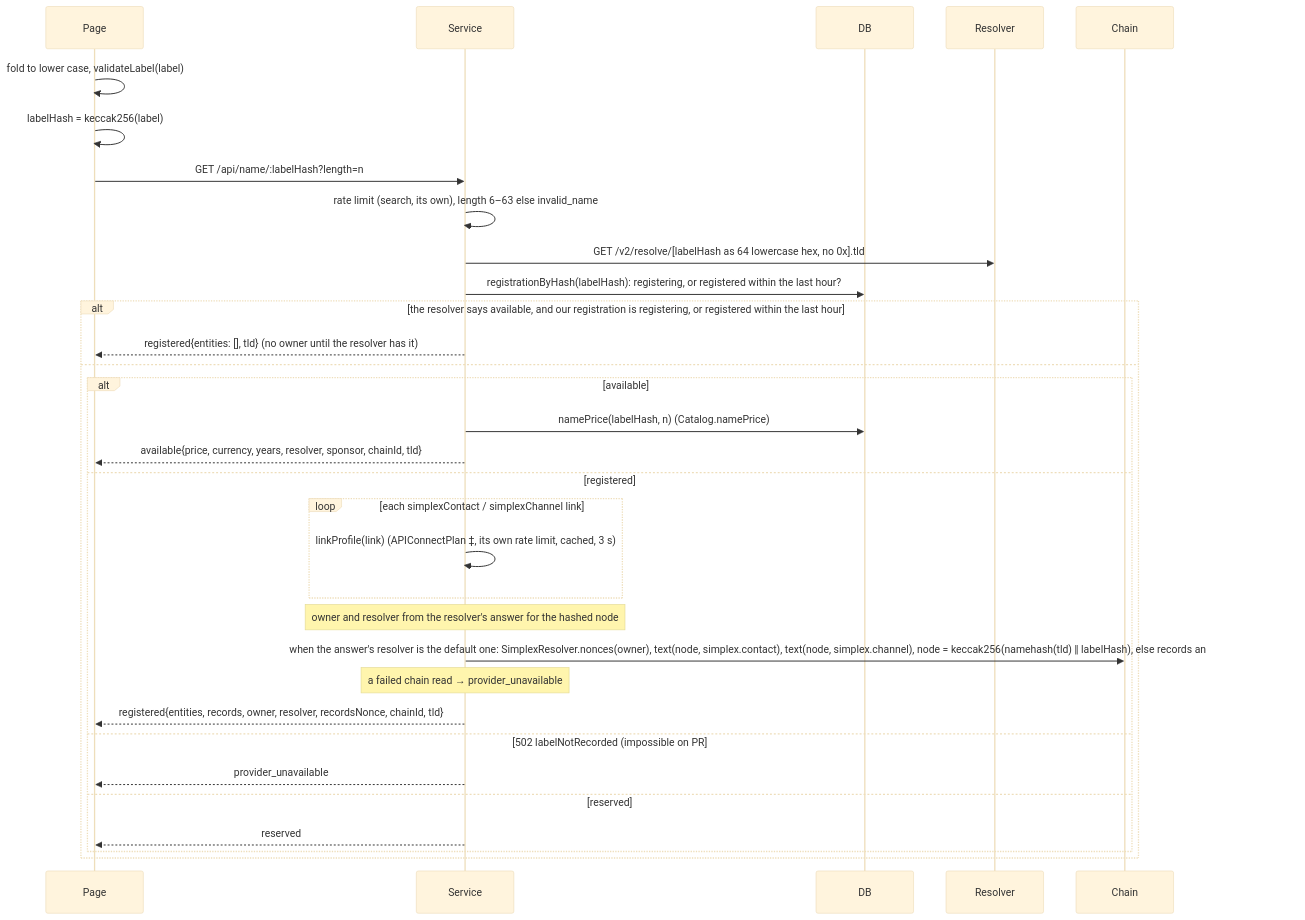
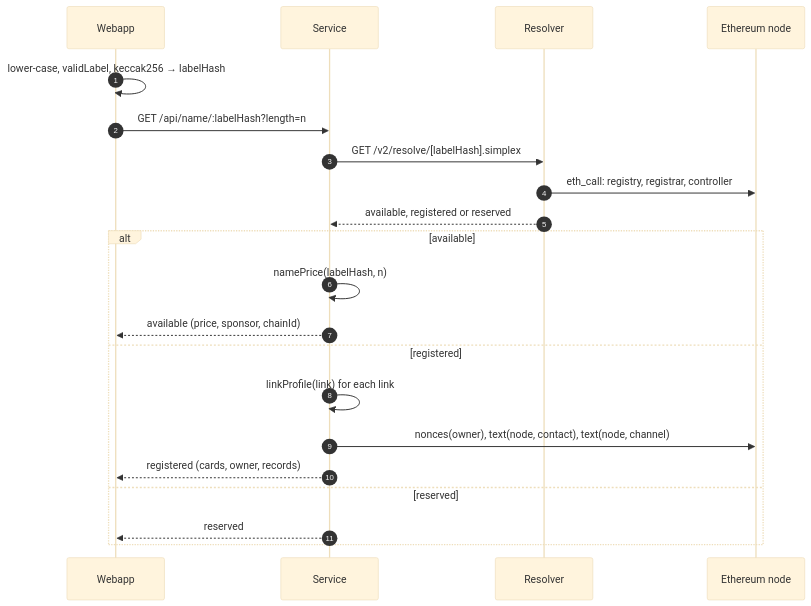
The second of 21 diagrams in plans/names-codes/2026-10-13-names-sequence.md (simplex-chat/simplex-chat), drawn with Mermaid (base theme) before and after one commit. The commit also changed other lines of this file, not shown here.

Commit message:
plans: simpler names sequence diagrams

````diff
--- a/plans/names-codes/2026-10-13-names-sequence.md
+++ b/plans/names-codes/2026-10-13-names-sequence.md
@@ -39,34 +109,23 @@
 ```mermaid
 sequenceDiagram
-  participant Page
-  participant Service
-  participant DB
-  participant Resolver
-  participant Chain
-  Page->>Page: fold to lower case, validateLabel(label)
-  Page->>Page: labelHash = keccak256(label)
-  Page->>Service: GET /api/name/:labelHash?length=n
-  Service->>Service: rate limit (search, its own), length 6–63 else invalid_name
-  Service->>Resolver: GET /v2/resolve/[labelHash as 64 lowercase hex, no 0x].tld
-  Service->>DB: registrationByHash(labelHash): registering, or registered within the last hour?
-  alt the resolver says available, and our registration is registering, or registered within the last hour
-    Service-->>Page: registered{entities: [], tld} (no owner until the resolver has it)
-  else
-    alt available
-      Service->>DB: namePrice(labelHash, n) (Catalog.namePrice)
-      Service-->>Page: available{price, currency, years, resolver, sponsor, chainId, tld}
-    else registered
-      loop each simplexContact / simplexChannel link
-        Service->>Service: linkProfile(link) (APIConnectPlan ‡, its own rate limit, cached, 3 s)
-      end
-      Note over Service: owner and resolver from the resolver's answer for the hashed node
-      Service->>Chain: when the answer's resolver is the default one: SimplexResolver.nonces(owner), text(node, simplex.contact), text(node, simplex.channel), node = keccak256(namehash(tld) ‖ labelHash), else records and recordsNonce null
-      Note over Service: a failed chain read → provider_unavailable
-      Service-->>Page: registered{entities, records, owner, resolver, recordsNonce, chainId, tld}
-    else 502 labelNotRecorded (impossible on PR #35, where every registration records its label), or upstreamError, tldNotConfigured, noPriceOracle, unknown, or no answer
-      Service-->>Page: provider_unavailable
-    else reserved
-      Service-->>Page: reserved
-    end
+  autonumber
+  participant W as Webapp
+  participant S as Service
+  participant R as Resolver
+  participant E as Ethereum node
+  W->>W: lower-case, validLabel, keccak256 → labelHash
+  W->>S: GET /api/name/:labelHash?length=n
+  S->>R: GET /v2/resolve/[labelHash].simplex
+  R->>E: eth_call: registry, registrar, controller
+  R-->>S: available, registered or reserved
+  alt available
+    S->>S: namePrice(labelHash, n)
+    S-->>W: available (price, sponsor, chainId)
+  else registered
+    S->>S: linkProfile(link) for each link
+    S->>E: nonces(owner), text(node, contact), text(node, channel)
+    S-->>W: registered (cards, owner, records)
+  else reserved
+    S-->>W: reserved
   end
 ```
````
